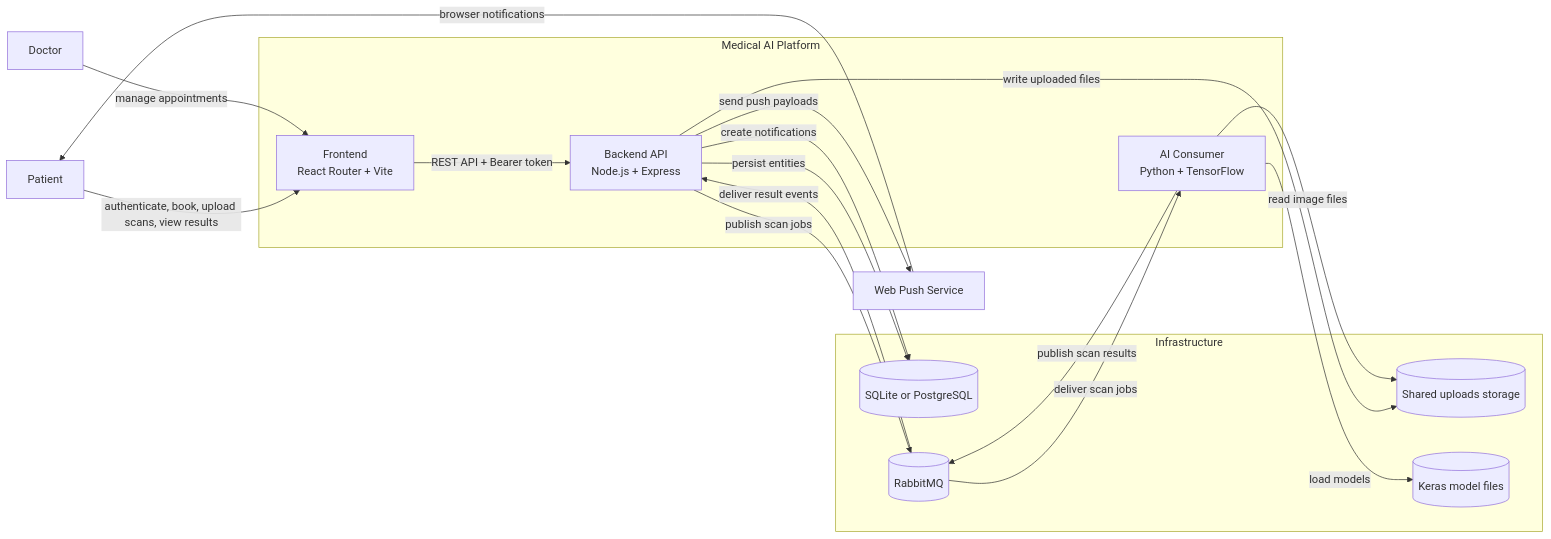
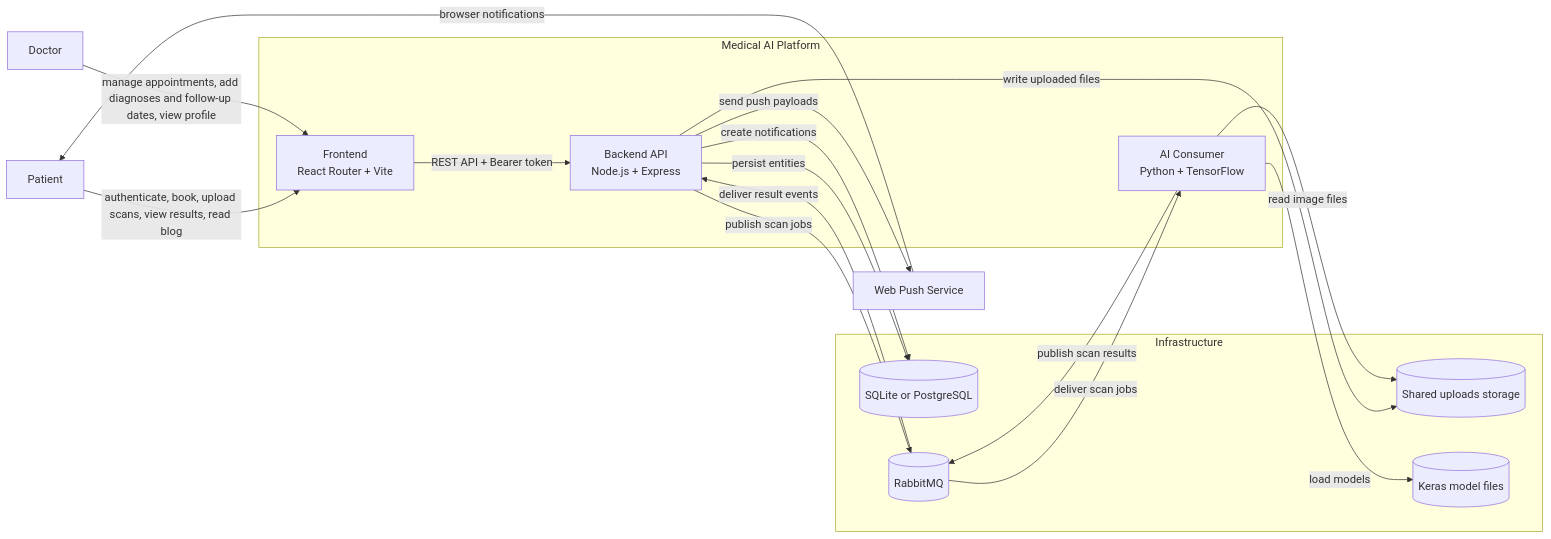
The diagram in diagrams/01-system-context.mmd (AnaMTF/dizertatie-ie-2026), drawn with Mermaid before and after one commit. The commit also changed 4 other files, not shown here.

Commit message:
update diagrams

```diff
--- a/diagrams/01-system-context.mmd
+++ b/diagrams/01-system-context.mmd
@@ -1,33 +1,33 @@
 flowchart LR
     patient[Patient]
     doctor[Doctor]
 
     subgraph product[Medical AI Platform]
         frontend[Frontend\nReact Router + Vite]
         backend[Backend API\nNode.js + Express]
         consumer[AI Consumer\nPython + TensorFlow]
     end
 
     subgraph infrastructure[Infrastructure]
         db[(SQLite or PostgreSQL)]
         mq[(RabbitMQ)]
         uploads[(Shared uploads storage)]
         models[(Keras model files)]
     end
 
     push[Web Push Service]
 
-    patient -->|authenticate, book, upload scans, view results| frontend
-    doctor -->|manage appointments| frontend
+    patient -->|authenticate, book, upload scans, view results, read blog| frontend
+    doctor -->|manage appointments, add diagnoses and follow-up dates, view profile| frontend
     frontend -->|REST API + Bearer token| backend
     backend -->|persist entities| db
     backend -->|write uploaded files| uploads
     backend -->|publish scan jobs| mq
     mq -->|deliver scan jobs| consumer
     consumer -->|read image files| uploads
     consumer -->|load models| models
     consumer -->|publish scan results| mq
     mq -->|deliver result events| backend
     backend -->|create notifications| db
     backend -->|send push payloads| push
     push -->|browser notifications| patient
```
